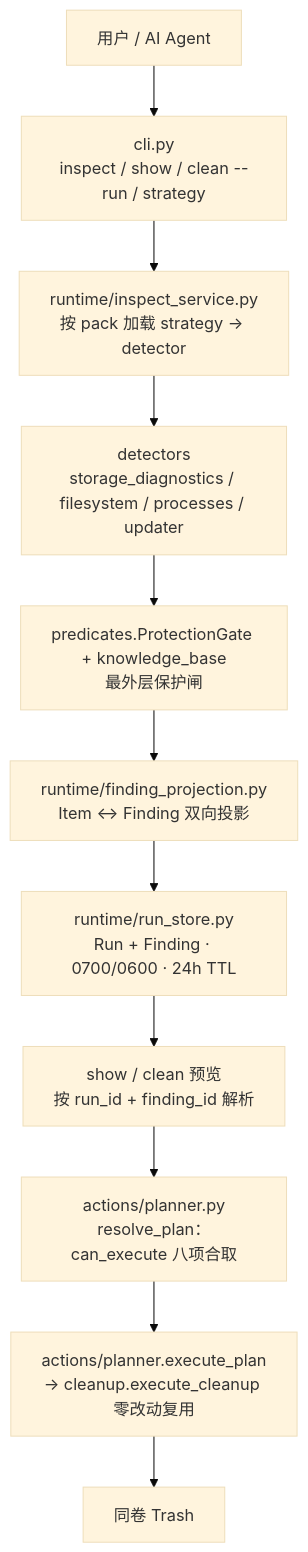
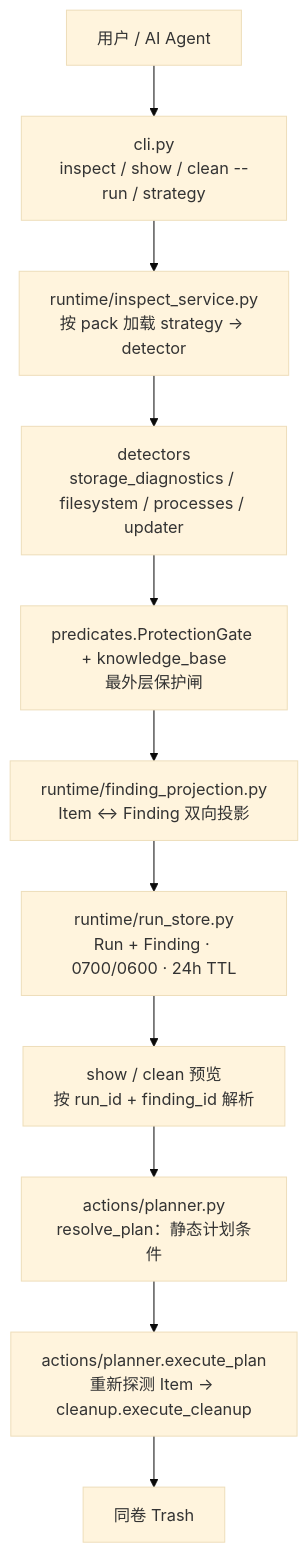
Before and after one commit to BlueSkyXN/open-cleanmymac: the second of 3 diagrams in docs/ARCHITECTURE.md, drawn with Mermaid (base theme). The commit also changed other lines of this file and 18 other files, not shown here.

````diff
--- a/docs/ARCHITECTURE.md
+++ b/docs/ARCHITECTURE.md
@@ -44,13 +47,13 @@
 ```mermaid
 flowchart TD
     A[用户 / AI Agent] --> CLI2[cli.py\ninspect / show / clean --run / strategy]
     CLI2 --> INS[runtime/inspect_service.py\n按 pack 加载 strategy → detector]
     INS --> DET[detectors\nstorage_diagnostics / filesystem / processes / updater]
     DET --> GATE2[predicates.ProtectionGate + knowledge_base\n最外层保护闸]
     GATE2 --> PROJ[runtime/finding_projection.py\nItem ↔ Finding 双向投影]
     PROJ --> STORE[runtime/run_store.py\nRun + Finding · 0700/0600 · 24h TTL]
     STORE --> SHOW[show / clean 预览\n按 run_id + finding_id 解析]
-    SHOW --> PLAN[actions/planner.py\nresolve_plan：can_execute 八项合取]
-    PLAN --> EXEC[actions/planner.execute_plan\n→ cleanup.execute_cleanup 零改动复用]
+    SHOW --> PLAN[actions/planner.py\nresolve_plan：静态计划条件]
+    PLAN --> EXEC[actions/planner.execute_plan\n重新探测 Item → cleanup.execute_cleanup]
     EXEC --> TRASH2[同卷 Trash]
 ```
````
